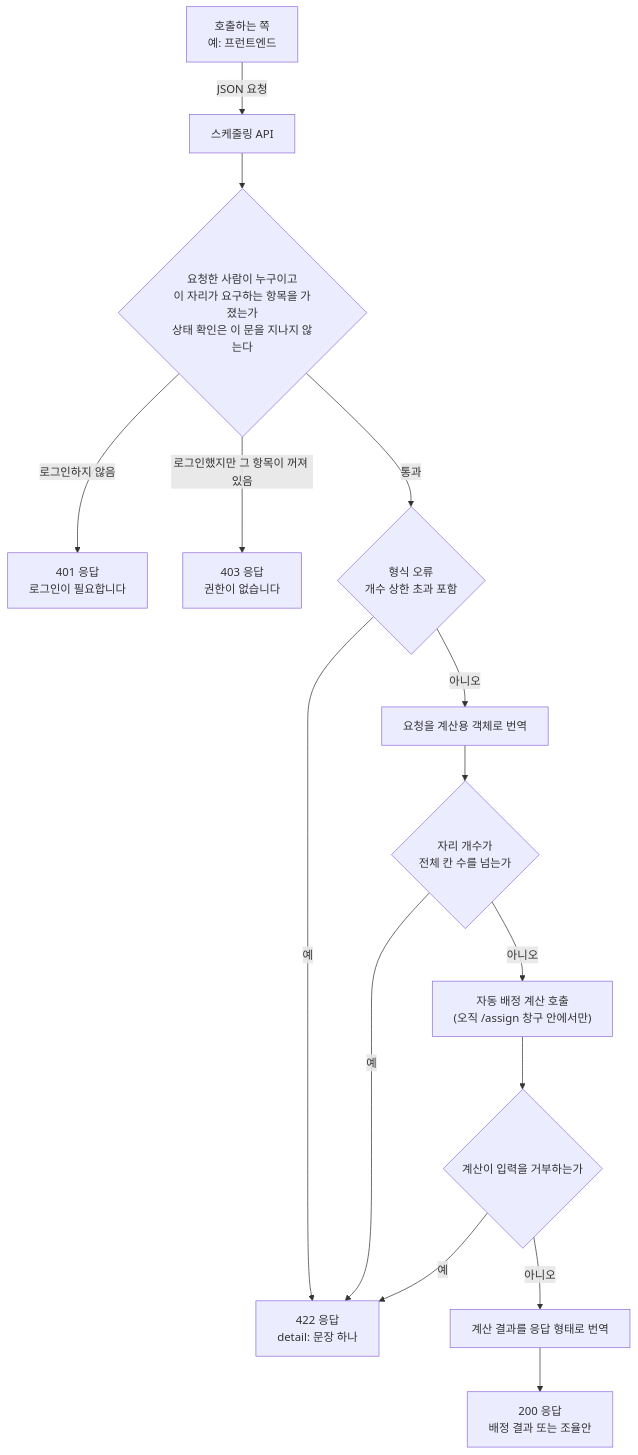
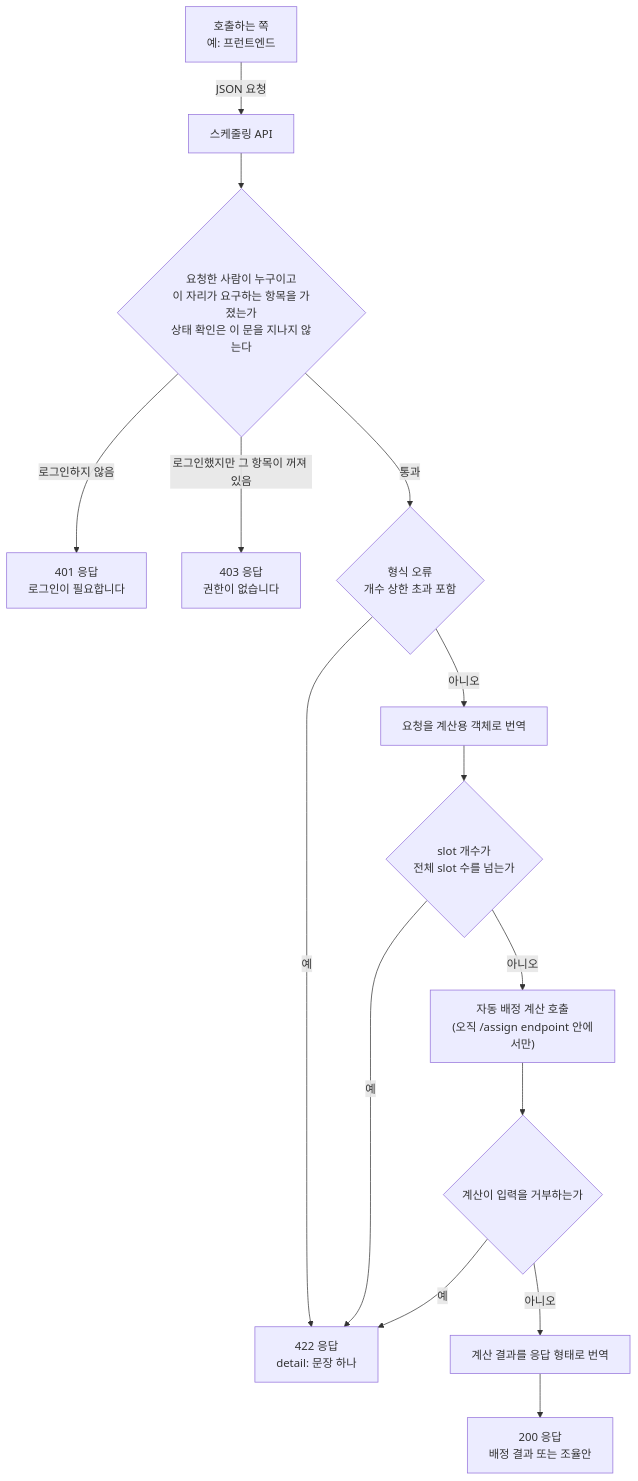
The diagram in .cluedoc/scheduling-api/README.md (minkong-dev/Banblit), drawn with Mermaid before and after one commit. The commit also changed other lines of this file and 15 other files, not shown here.

````diff
--- a/.cluedoc/scheduling-api/README.md
+++ b/.cluedoc/scheduling-api/README.md
@@ -17,17 +17,17 @@
 ```mermaid
 flowchart TD
     C[호출하는 쪽<br/>예: 프런트엔드] -->|JSON 요청| A[스케줄링 API]
     A --> W{요청한 사람이 누구이고<br/>이 자리가 요구하는 항목을 가졌는가<br/>상태 확인은 이 문을 지나지 않는다}
     W -->|로그인하지 않음| R0["401 응답<br/>로그인이 필요합니다"]
     W -->|로그인했지만 그 항목이 꺼져 있음| R3["403 응답<br/>권한이 없습니다"]
     W -->|통과| S{형식 오류<br/>개수 상한 초과 포함}
     S -->|예| R1["422 응답<br/>detail: 문장 하나"]
     S -->|아니오| M[요청을 계산용 객체로 번역]
-    M --> CAP{자리 개수가<br/>전체 칸 수를 넘는가}
+    M --> CAP{slot 개수가<br/>전체 slot 수를 넘는가}
     CAP -->|예| R1
-    CAP -->|아니오| E["자동 배정 계산 호출<br/>(오직 /assign 창구 안에서만)"]
+    CAP -->|아니오| E["자동 배정 계산 호출<br/>(오직 /assign endpoint 안에서만)"]
     E --> V2{계산이 입력을 거부하는가}
     V2 -->|예| R1
     V2 -->|아니오| O[계산 결과를 응답 형태로 번역]
     O --> R2[200 응답<br/>배정 결과 또는 조율안]
 ```
````
